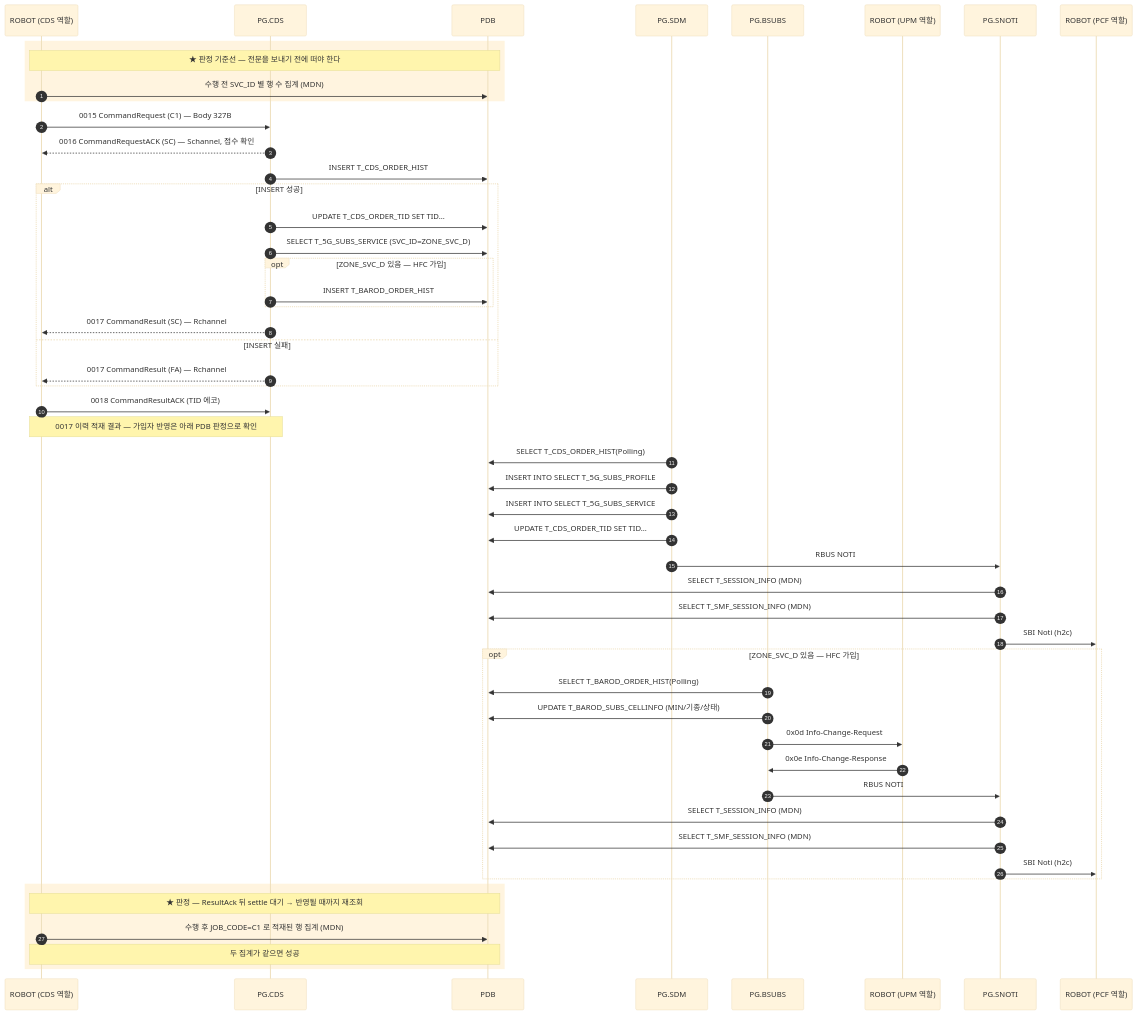
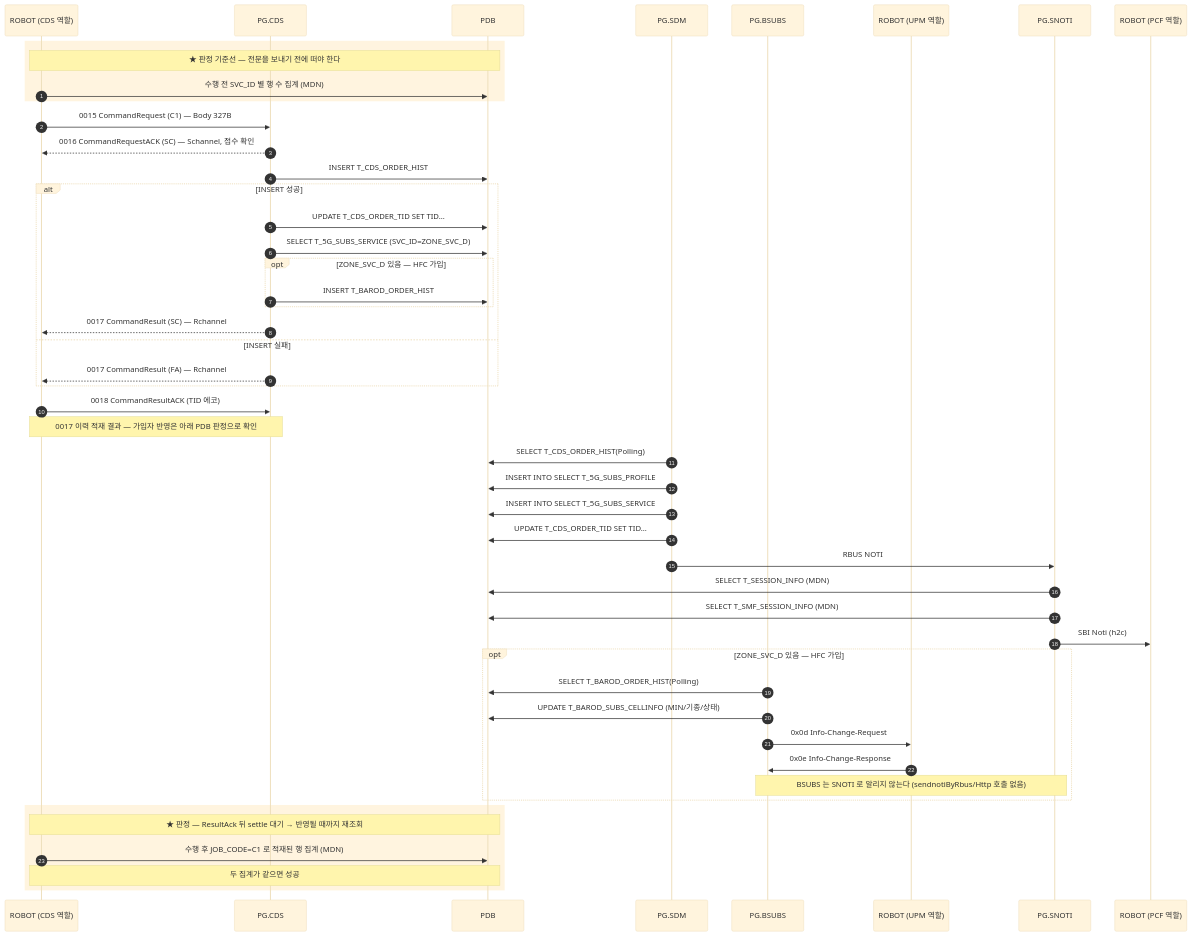
The sixth of 11 diagrams in docs/callflow/cds_callflow.md (IanKim2030/tc4robot), drawn with Mermaid (base theme) before and after one commit. The commit also changed other lines of this file and 4 other files, not shown here.

````diff
--- a/docs/callflow/cds_callflow.md
+++ b/docs/callflow/cds_callflow.md
@@ -556,56 +589,53 @@
 ```mermaid
 sequenceDiagram
     autonumber
     participant TOOL as ROBOT (CDS 역할)
     participant PCDS as PG.CDS
     participant PDB as PDB
     participant SDM as PG.SDM
     participant BSUBS as PG.BSUBS
     participant UPM as ROBOT (UPM 역할)
     participant SNOTI as PG.SNOTI
     participant PCF as ROBOT (PCF 역할)
 
     rect rgba(255, 176, 32, 0.14)
     Note over TOOL,PDB: ★ 판정 기준선 — 전문을 보내기 전에 떠야 한다
         TOOL->>PDB: 수행 전 SVC_ID 별 행 수 집계 (MDN)
     end
     TOOL->>PCDS: 0015 CommandRequest (C1) — Body 327B
     PCDS-->>TOOL: 0016 CommandRequestACK (SC) — Schannel, 접수 확인
     PCDS->>PDB: INSERT T_CDS_ORDER_HIST
     alt INSERT 성공
         PCDS->>PDB: UPDATE T_CDS_ORDER_TID SET TID...
         PCDS->>PDB: SELECT T_5G_SUBS_SERVICE (SVC_ID=ZONE_SVC_D)
         opt ZONE_SVC_D 있음 — HFC 가입
             PCDS->>PDB: INSERT T_BAROD_ORDER_HIST
         end
         PCDS-->>TOOL: 0017 CommandResult (SC) — Rchannel
     else INSERT 실패
         PCDS-->>TOOL: 0017 CommandResult (FA) — Rchannel
     end
     TOOL->>PCDS: 0018 CommandResultACK (TID 에코)
     Note over TOOL,PCDS: 0017 이력 적재 결과 — 가입자 반영은 아래 PDB 판정으로 확인
 
     SDM->>PDB: SELECT T_CDS_ORDER_HIST(Polling)
     SDM->>PDB: INSERT INTO SELECT T_5G_SUBS_PROFILE
     SDM->>PDB: INSERT INTO SELECT T_5G_SUBS_SERVICE
     SDM->>PDB: UPDATE T_CDS_ORDER_TID SET TID...
     SDM->>SNOTI: RBUS NOTI
     SNOTI->>PDB: SELECT T_SESSION_INFO (MDN)
     SNOTI->>PDB: SELECT T_SMF_SESSION_INFO (MDN)
     SNOTI->>PCF: SBI Noti (h2c)
     opt ZONE_SVC_D 있음 — HFC 가입
         BSUBS->>PDB: SELECT T_BAROD_ORDER_HIST(Polling)
         BSUBS->>PDB: UPDATE T_BAROD_SUBS_CELLINFO (MIN/기종/상태)
         BSUBS->>UPM: 0x0d Info-Change-Request
         UPM->>BSUBS: 0x0e Info-Change-Response
-        BSUBS->>SNOTI: RBUS NOTI
-        SNOTI->>PDB: SELECT T_SESSION_INFO (MDN)
-        SNOTI->>PDB: SELECT T_SMF_SESSION_INFO (MDN)
-        SNOTI->>PCF: SBI Noti (h2c)
+        Note over BSUBS,SNOTI: BSUBS 는 SNOTI 로 알리지 않는다 (sendnotiByRbus/Http 호출 없음)
     end
     rect rgba(255, 176, 32, 0.14)
     Note over TOOL,PDB: ★ 판정 — ResultAck 뒤 settle 대기 → 반영될 때까지 재조회
         TOOL->>PDB: 수행 후 JOB_CODE=C1 로 적재된 행 집계 (MDN)
         Note over TOOL,PDB: 두 집계가 같으면 성공
     end
 ```
````
